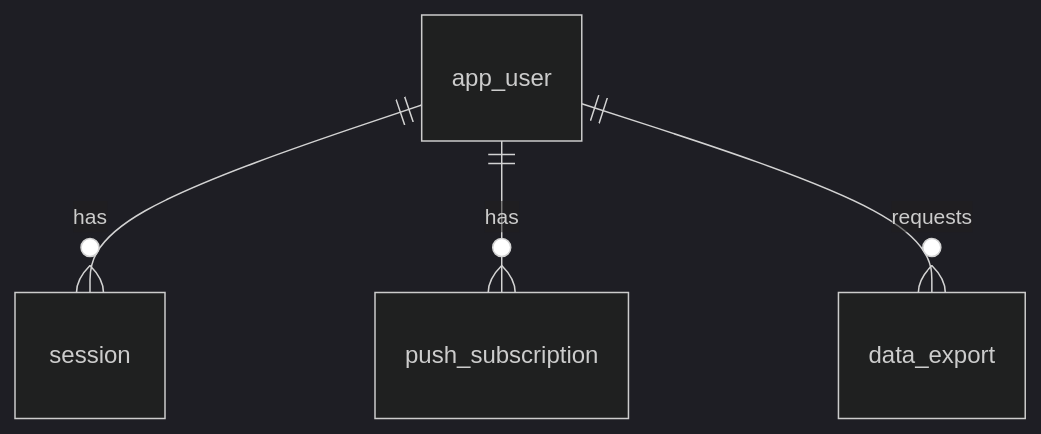
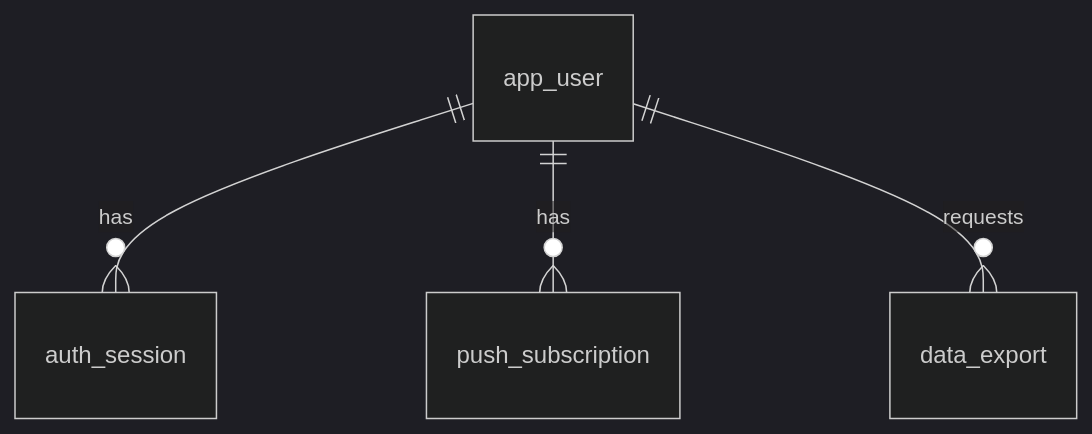
The fourth of 11 diagrams in docs/plan/03-data-model.md (Ashfak-Hossain/pulse), drawn with Mermaid (dark theme) before and after one commit. The commit also changed other lines of this file and 15 other files, not shown here.

First line of the commit message:
feat(db): add auth_session table for refresh tokens with campus RLS and a guard trigger (#63)

````diff
--- a/docs/plan/03-data-model.md
+++ b/docs/plan/03-data-model.md
@@ -185,6 +185,6 @@
 ```mermaid
 erDiagram
-  app_user ||--o{ session : has
+  app_user ||--o{ auth_session : has
   app_user ||--o{ push_subscription : has
   app_user ||--o{ data_export : requests
 ```
````
